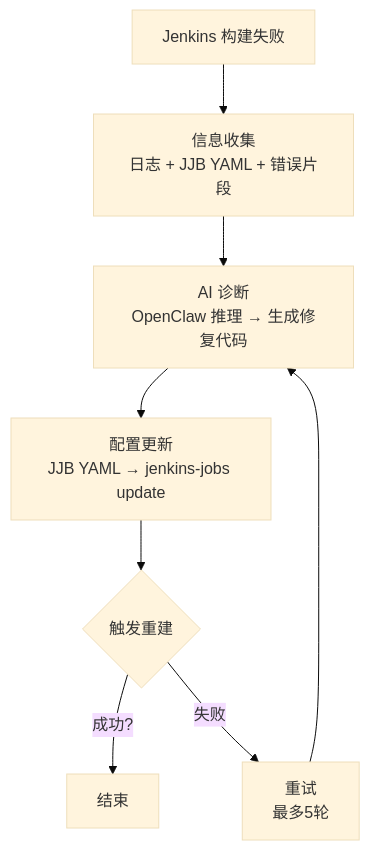
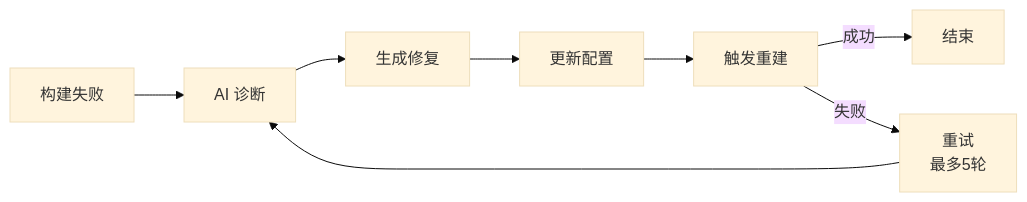
The diagram in README.md (bobwei192-star/DevOpsClaw), drawn with Mermaid (base theme) before and after one commit. The commit also changed other lines of this file and 13 other files, not shown here.

````diff
--- a/README.md
+++ b/README.md
@@ -201,10 +60,10 @@
 ```mermaid
-flowchart TD
-    A[Jenkins 构建失败] --> B[信息收集<br/>日志 + JJB YAML + 错误片段]
-    B --> C[AI 诊断<br/>OpenClaw 推理 → 生成修复代码]
-    C --> D[配置更新<br/>JJB YAML → jenkins-jobs update]
-    D --> E{触发重建}
-    E -->|成功?| F[结束]
+flowchart LR
+    A[构建失败] --> B[AI 诊断]
+    B --> C[生成修复]
+    C --> D[更新配置]
+    D --> E[触发重建]
+    E -->|成功| F[结束]
     E -->|失败| G[重试<br/>最多5轮]
-    G --> C
+    G --> B
 ```
````
